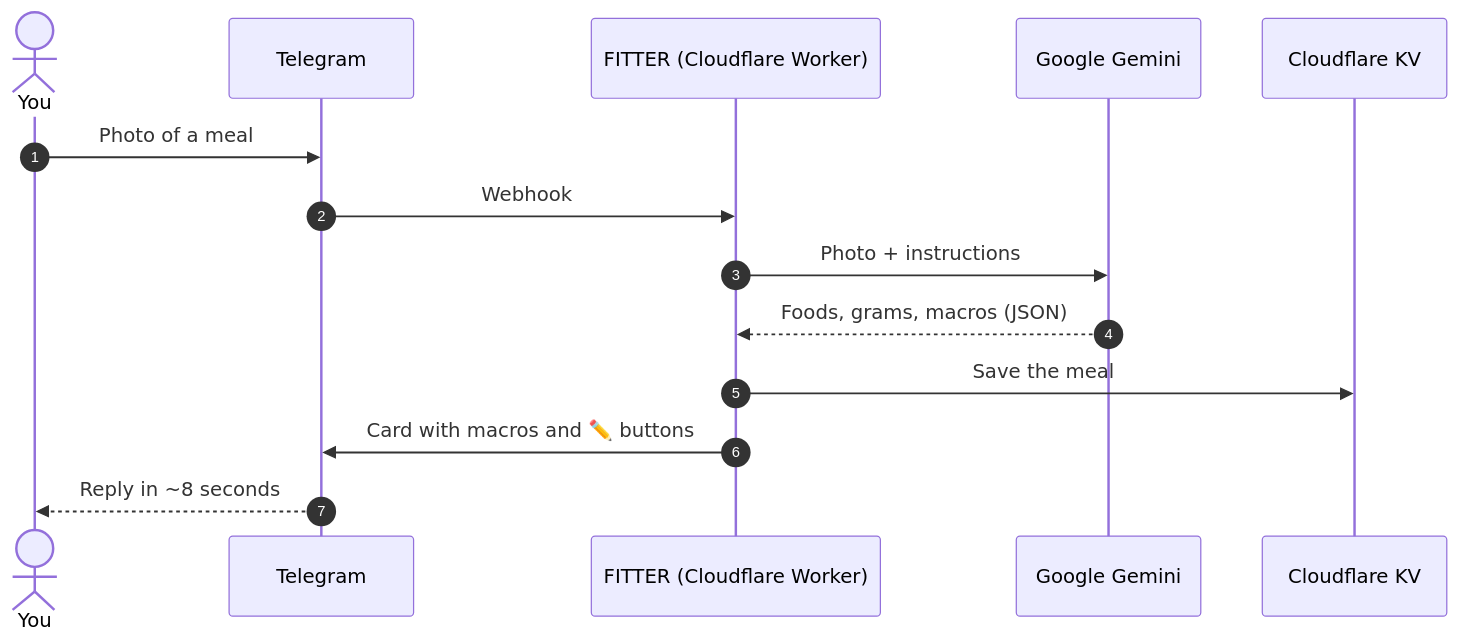
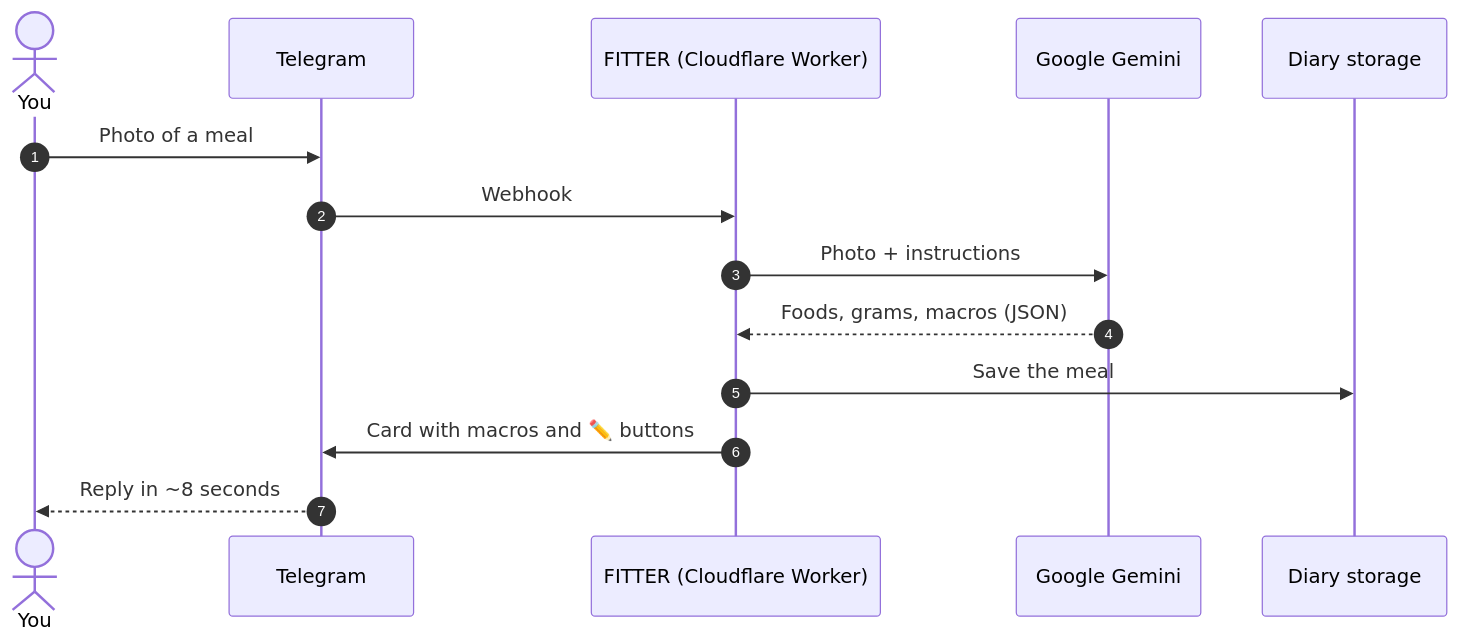
The diagram in README.md (sailxx/FITTER-AI), drawn with Mermaid before and after one commit. The commit also changed other lines of this file and 57 other files, not shown here.

````diff
--- a/README.md
+++ b/README.md
@@ -64,17 +65,17 @@
 ```mermaid
 sequenceDiagram
     autonumber
     actor U as You
     participant T as Telegram
     participant W as FITTER (Cloudflare Worker)
     participant G as Google Gemini
-    participant D as Cloudflare KV
+    participant D as Diary storage
 
     U->>T: Photo of a meal
     T->>W: Webhook
     W->>G: Photo + instructions
     G-->>W: Foods, grams, macros (JSON)
     W->>D: Save the meal
     W->>T: Card with macros and ✏️ buttons
     T-->>U: Reply in ~8 seconds
 ```
````
